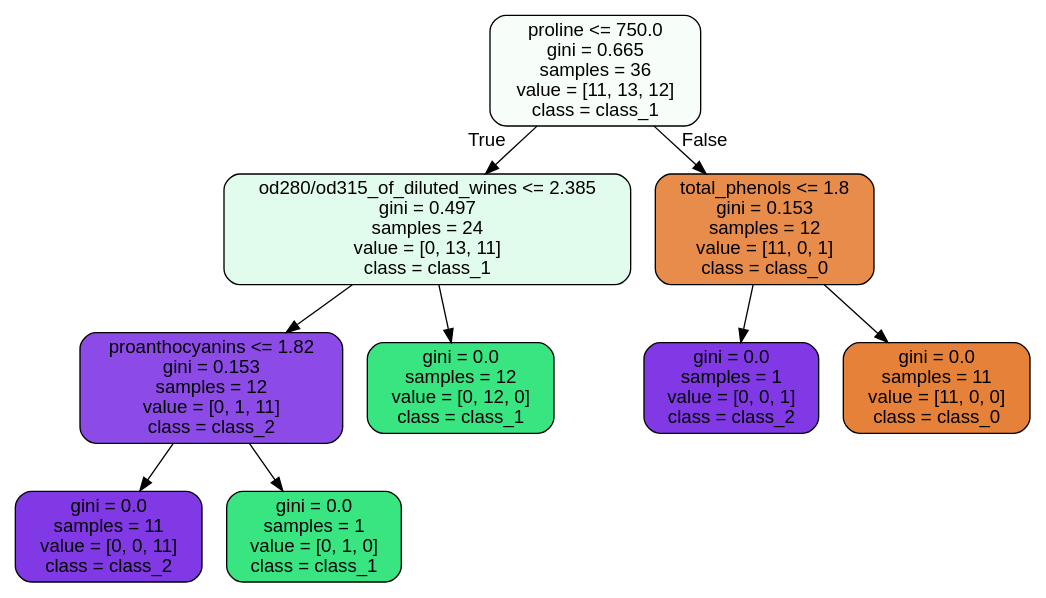
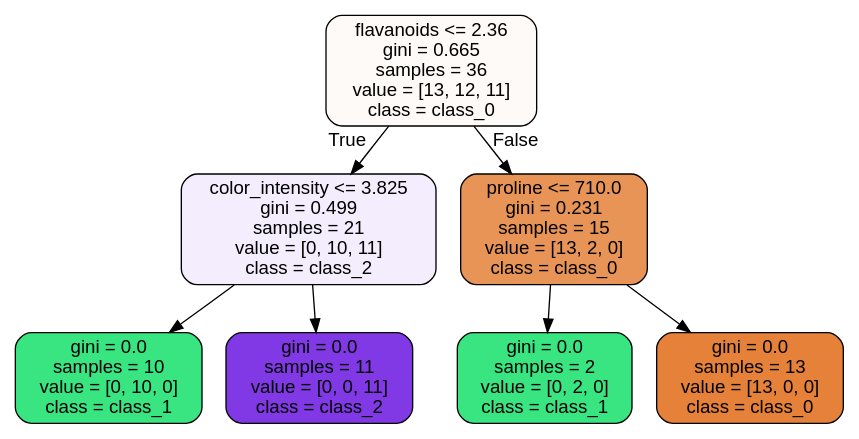
Before and after one commit to JoseDeJesusMendozaBecerril/Practica4_MineriaDeDatos: the diagram in images/decision_trees/wine_tree_test.dot, drawn with Graphviz. The commit also changed 8 other files, not shown here.

```diff
--- a/images/decision_trees/wine_tree_test.dot
+++ b/images/decision_trees/wine_tree_test.dot
@@ -1,21 +1,17 @@
 digraph Tree {
 node [shape=box, style="filled, rounded", color="black", fontname=helvetica] ;
 edge [fontname=helvetica] ;
-0 [label="proline <= 750.0\ngini = 0.665\nsamples = 36\nvalue = [11, 13, 12]\nclass = class_1", fillcolor="#f7fefa"] ;
-1 [label="od280/od315_of_diluted_wines <= 2.385\ngini = 0.497\nsamples = 24\nvalue = [0, 13, 11]\nclass = class_1", fillcolor="#e1fbec"] ;
+0 [label="flavanoids <= 2.36\ngini = 0.665\nsamples = 36\nvalue = [13, 12, 11]\nclass = class_0", fillcolor="#fefaf7"] ;
+1 [label="color_intensity <= 3.825\ngini = 0.499\nsamples = 21\nvalue = [0, 10, 11]\nclass = class_2", fillcolor="#f4edfd"] ;
 0 -> 1 [labeldistance=2.5, labelangle=45, headlabel="True"] ;
-2 [label="proanthocyanins <= 1.82\ngini = 0.153\nsamples = 12\nvalue = [0, 1, 11]\nclass = class_2", fillcolor="#8c4be7"] ;
+2 [label="gini = 0.0\nsamples = 10\nvalue = [0, 10, 0]\nclass = class_1", fillcolor="#39e581"] ;
 1 -> 2 ;
 3 [label="gini = 0.0\nsamples = 11\nvalue = [0, 0, 11]\nclass = class_2", fillcolor="#8139e5"] ;
-2 -> 3 ;
-4 [label="gini = 0.0\nsamples = 1\nvalue = [0, 1, 0]\nclass = class_1", fillcolor="#39e581"] ;
-2 -> 4 ;
-5 [label="gini = 0.0\nsamples = 12\nvalue = [0, 12, 0]\nclass = class_1", fillcolor="#39e581"] ;
-1 -> 5 ;
-6 [label="total_phenols <= 1.8\ngini = 0.153\nsamples = 12\nvalue = [11, 0, 1]\nclass = class_0", fillcolor="#e78c4b"] ;
-0 -> 6 [labeldistance=2.5, labelangle=-45, headlabel="False"] ;
-7 [label="gini = 0.0\nsamples = 1\nvalue = [0, 0, 1]\nclass = class_2", fillcolor="#8139e5"] ;
-6 -> 7 ;
-8 [label="gini = 0.0\nsamples = 11\nvalue = [11, 0, 0]\nclass = class_0", fillcolor="#e58139"] ;
-6 -> 8 ;
+1 -> 3 ;
+4 [label="proline <= 710.0\ngini = 0.231\nsamples = 15\nvalue = [13, 2, 0]\nclass = class_0", fillcolor="#e99457"] ;
+0 -> 4 [labeldistance=2.5, labelangle=-45, headlabel="False"] ;
+5 [label="gini = 0.0\nsamples = 2\nvalue = [0, 2, 0]\nclass = class_1", fillcolor="#39e581"] ;
+4 -> 5 ;
+6 [label="gini = 0.0\nsamples = 13\nvalue = [13, 0, 0]\nclass = class_0", fillcolor="#e58139"] ;
+4 -> 6 ;
 }
```
